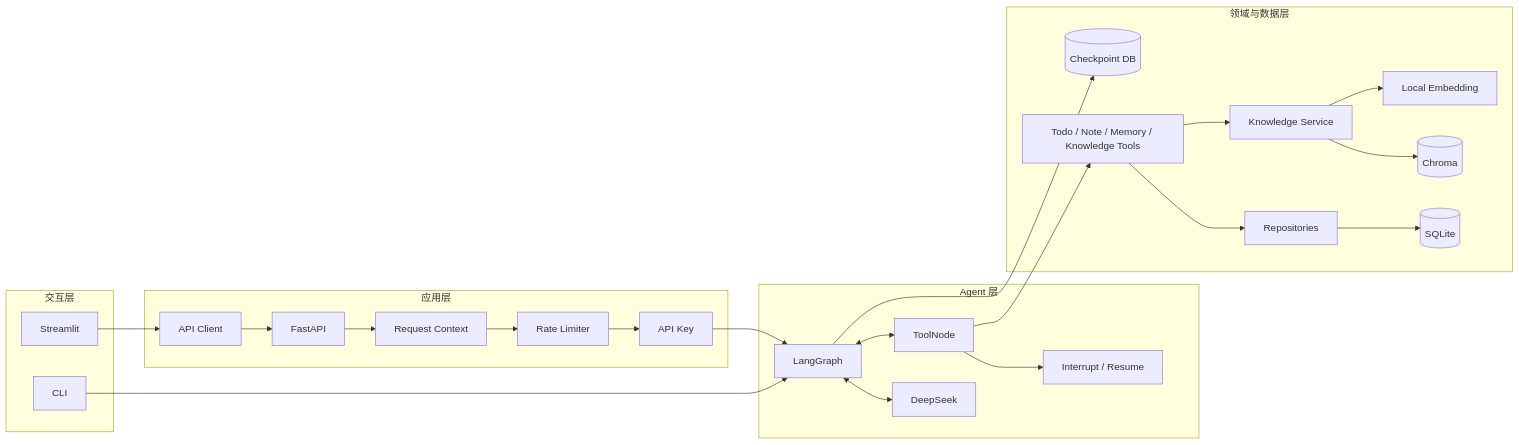
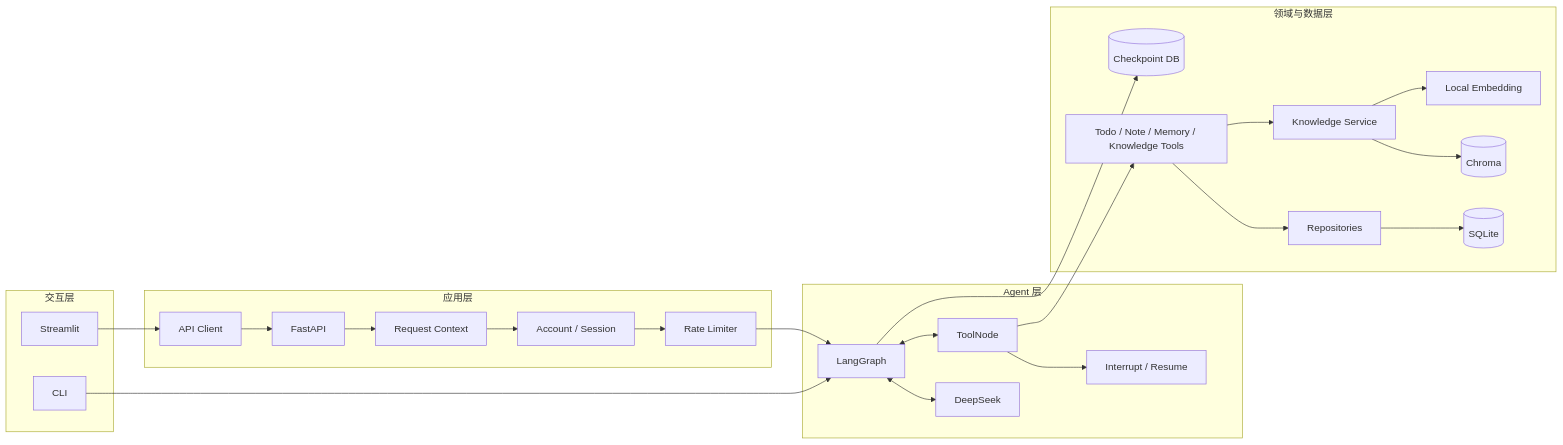
The first of 4 diagrams in docs/architecture.md (AFPyannian/lifepilot-agent), drawn with Mermaid before and after one commit. The commit also changed other lines of this file and 60 other files, not shown here.

````diff
--- a/docs/architecture.md
+++ b/docs/architecture.md
@@ -9,44 +9,44 @@
 ```mermaid
 flowchart LR
     subgraph Presentation[交互层]
         UI[Streamlit]
         CLI[CLI]
     end
 
     subgraph Application[应用层]
         CLIENT[API Client]
         API[FastAPI]
         CTX[Request Context]
-        AUTH[API Key]
+        AUTH[Account / Session]
         LIMIT[Rate Limiter]
     end
 
     subgraph Agent[Agent 层]
         GRAPH[LangGraph]
         MODEL[DeepSeek]
         TOOLNODE[ToolNode]
         APPROVAL[Interrupt / Resume]
     end
 
     subgraph Domain[领域与数据层]
         TOOLS[Todo / Note / Memory / Knowledge Tools]
         REPOS[Repositories]
         KB[Knowledge Service]
         DB[(SQLite)]
         CP[(Checkpoint DB)]
         VECTOR[(Chroma)]
         EMB[Local Embedding]
     end
 
     UI --> CLIENT --> API
     CLI --> GRAPH
-    API --> CTX --> LIMIT --> AUTH --> GRAPH
+    API --> CTX --> AUTH --> LIMIT --> GRAPH
     GRAPH <--> MODEL
     GRAPH <--> TOOLNODE
     TOOLNODE --> APPROVAL
     TOOLNODE --> TOOLS
     TOOLS --> REPOS --> DB
     TOOLS --> KB --> VECTOR
     KB --> EMB
     GRAPH --> CP
 ```
````
